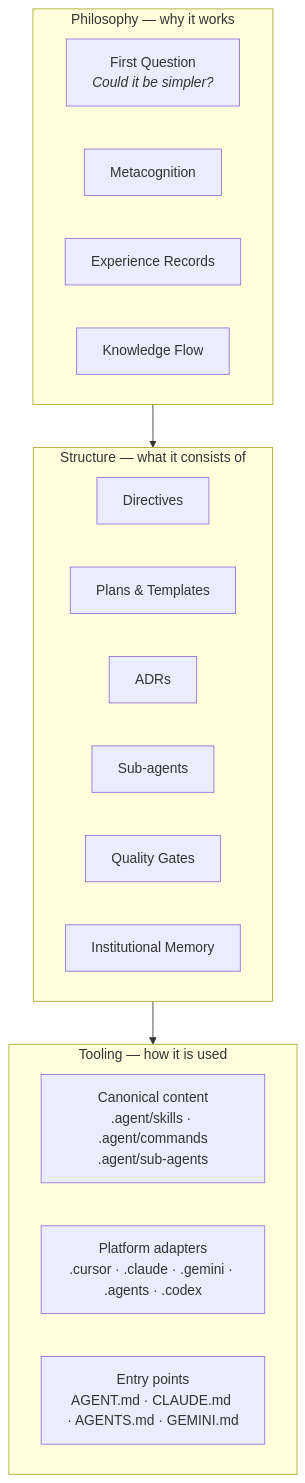
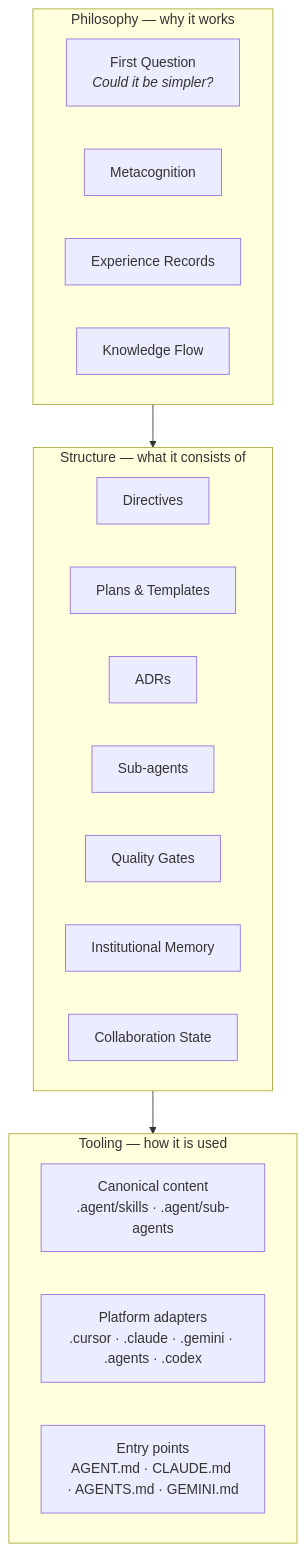
Before and after one commit to EngraphCode/castr: the first of 3 diagrams in .agent/practice-core/practice.md, drawn with Mermaid. The commit also changed other lines of this file and 21 other files, not shown here.

````diff
--- a/.agent/practice-core/practice.md
+++ b/.agent/practice-core/practice.md
@@ -53,26 +36,27 @@
 ```mermaid
 graph TB
     subgraph Philosophy ["Philosophy — why it works"]
         FQ["First Question<br/><i>Could it be simpler?</i>"]
         MC[Metacognition]
         EX[Experience Records]
         KF[Knowledge Flow]
     end
 
     subgraph Structure ["Structure — what it consists of"]
         DIR[Directives]
         PLANS[Plans & Templates]
         ADR[ADRs]
         SA[Sub-agents]
         QG[Quality Gates]
         MEM[Institutional Memory]
+        STATE[Collaboration State]
     end
 
     subgraph Tooling ["Tooling — how it is used"]
-        CANON["Canonical content<br/>.agent/skills · .agent/commands<br/>.agent/sub-agents"]
+        CANON["Canonical content<br/>.agent/skills · .agent/sub-agents"]
         ADAPT["Platform adapters<br/>.cursor · .claude · .gemini · .agents · .codex"]
         ENTRY["Entry points<br/>AGENT.md · CLAUDE.md · AGENTS.md · GEMINI.md"]
     end
 
     Philosophy --> Structure --> Tooling
 ```
````
